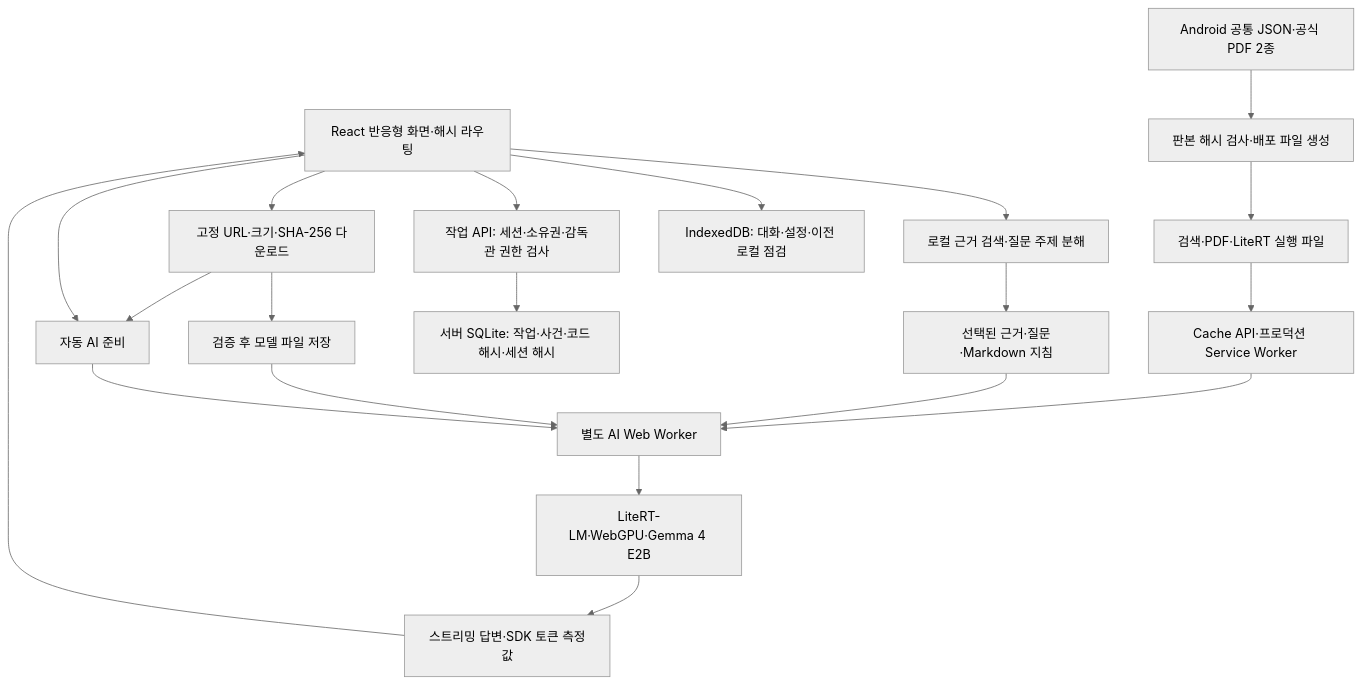
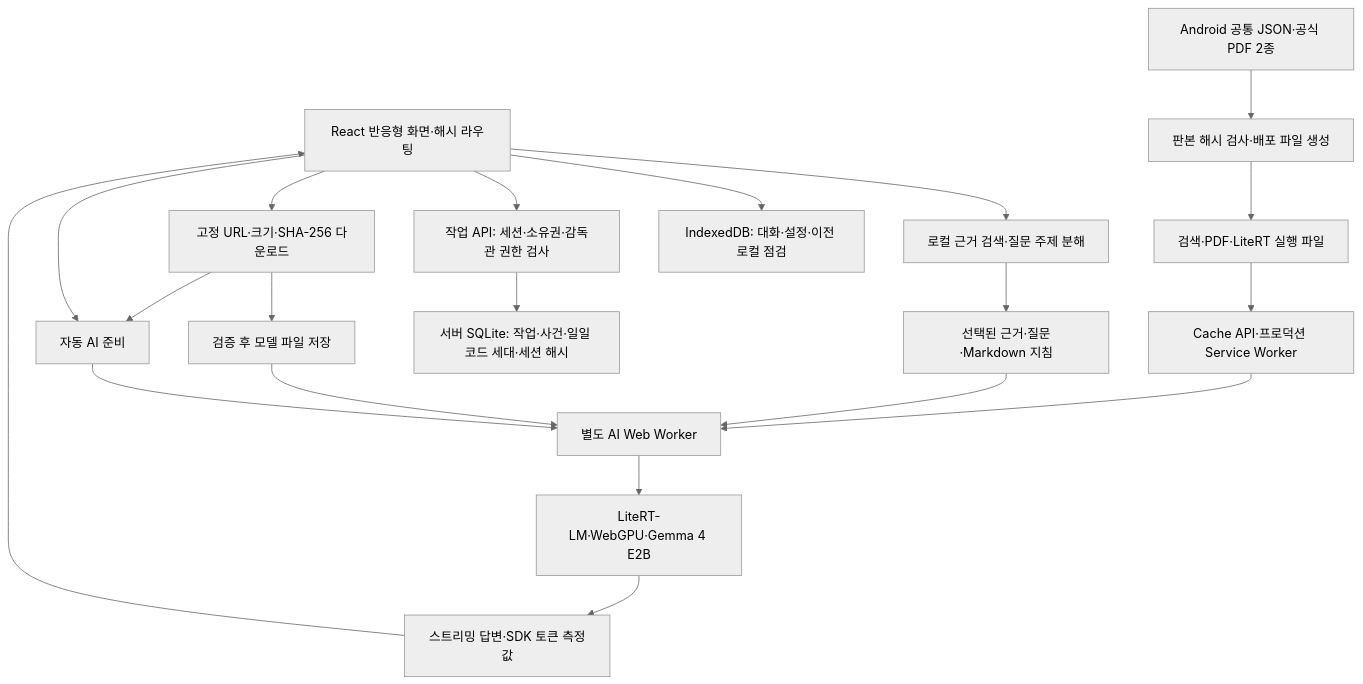
One commit to minyook/HybridTech changed the diagram in docs/webapp/TARGET_ARCHITECTURE.md. Above: the diagram before and after it, drawn with Mermaid (neutral theme). The commit also changed other lines of this file and 51 other files, not shown here.

````diff
--- a/docs/webapp/TARGET_ARCHITECTURE.md
+++ b/docs/webapp/TARGET_ARCHITECTURE.md
@@ -18,22 +18,22 @@
 ```mermaid
 flowchart TD
     Browser[React 반응형 화면·해시 라우팅] --> Search[로컬 근거 검색·질문 주제 분해]
     Package[Android 공통 JSON·공식 PDF 2종] --> Prepare[판본 해시 검사·배포 파일 생성]
     Prepare --> Assets[검색·PDF·LiteRT 실행 파일]
     Assets --> Cache[Cache API·프로덕션 Service Worker]
     Browser --> DB[IndexedDB: 대화·설정·이전 로컬 점검]
     Browser --> API[작업 API: 세션·소유권·감독관 권한 검사]
-    API --> WorkDB[서버 SQLite: 작업·사건·코드 해시·세션 해시]
+    API --> WorkDB[서버 SQLite: 작업·사건·일일 코드 세대·세션 해시]
     Browser --> Download[고정 URL·크기·SHA-256 다운로드]
     Download --> OPFS[검증 후 모델 파일 저장]
     Download --> Auto[자동 AI 준비]
     Browser --> Auto
     Auto --> Worker[별도 AI Web Worker]
     OPFS --> Worker
     Cache --> Worker
     Search --> Prompt[선택된 근거·질문·Markdown 지침]
     Prompt --> Worker
     Worker --> SDK[LiteRT-LM·WebGPU·Gemma 4 E2B]
     SDK --> Result[스트리밍 답변·SDK 토큰 측정값]
     Result --> Browser
 ```
````
